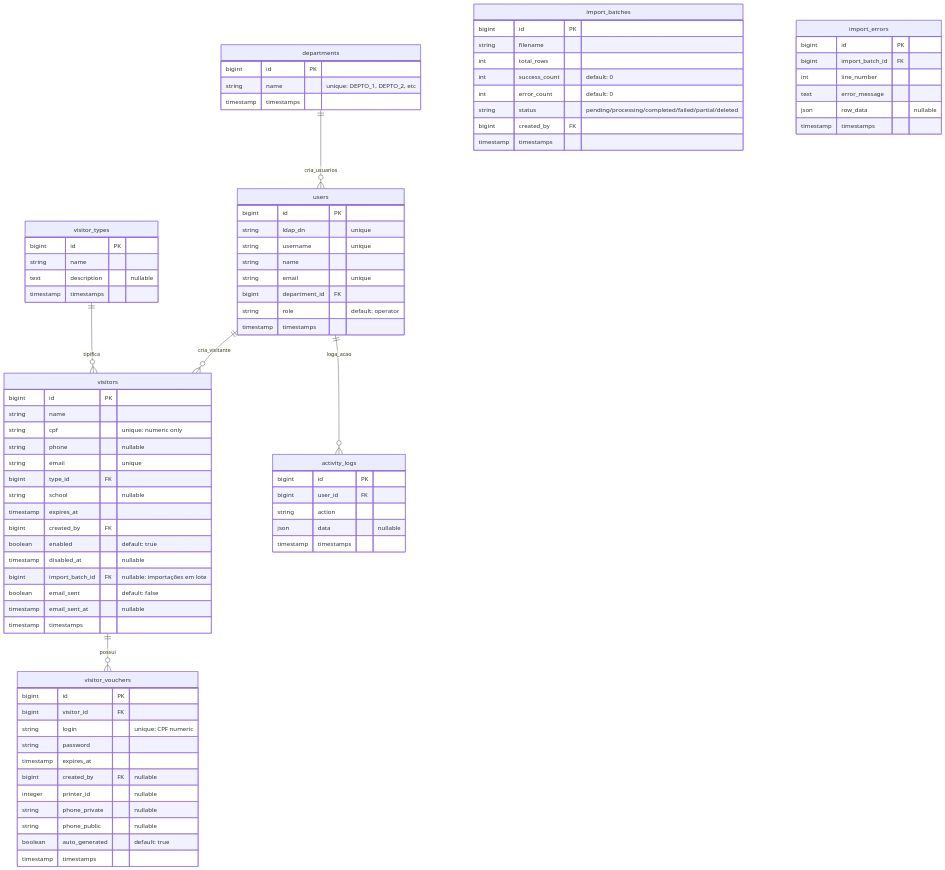
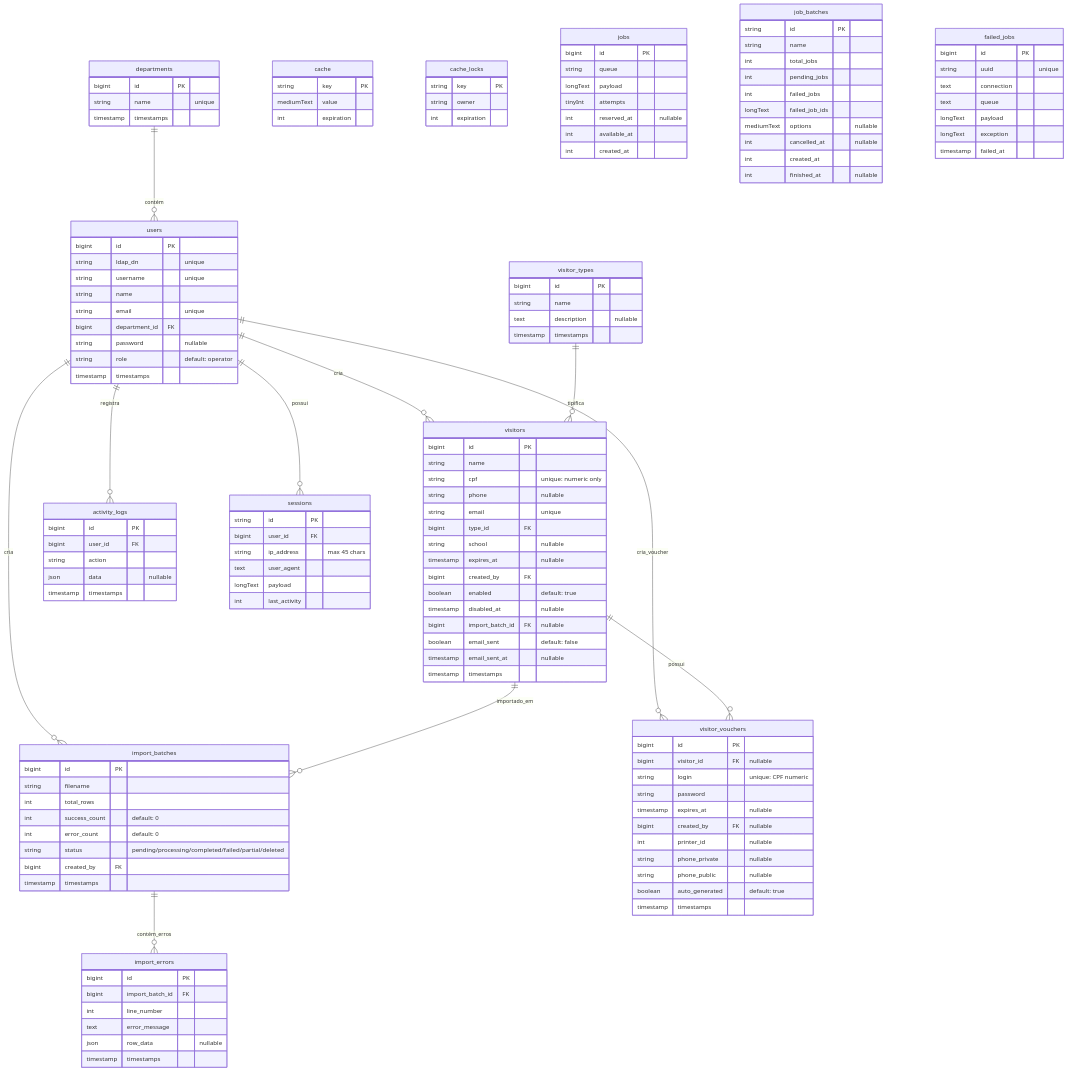
One commit to lucasgfaj/net-gp changed the second of 2 diagrams in docs/ssd.md. Above: the diagram before and after it, drawn with Mermaid. The commit also changed other lines of this file and 7 other files, not shown here.

````diff
--- a/docs/ssd.md
+++ b/docs/ssd.md
@@ -63,14 +239,19 @@
 ```mermaid
 erDiagram
-    departments ||--o{ users : "cria_usuarios"
-    users ||--o{ visitors : "cria_visitante"
-    users ||--o{ activity_logs : "loga_acao"
+    departments ||--o{ users : "contém"
+    users ||--o{ visitors : "cria"
+    users ||--o{ activity_logs : "registra"
+    users ||--o{ import_batches : "cria"
+    users ||--o{ visitor_vouchers : "cria_voucher"
+    users ||--o{ sessions : "possui"
     visitor_types ||--o{ visitors : "tipifica"
     visitors ||--o{ visitor_vouchers : "possui"
+    visitors ||--o{ import_batches : "importado_em"
+    import_batches ||--o{ import_errors : "contém_erros"
 
     departments {
         bigint id PK
-        string name "unique: DEPTO_1, DEPTO_2, etc"
+        string name "unique"
         timestamp timestamps
     }
 
@@ -81,8 +262,18 @@
         string name
         string email "unique"
         bigint department_id FK
+        string password "nullable"
         string role "default: operator"
         timestamp timestamps
+    }
+
+    sessions {
+        string id PK
+        bigint user_id FK
+        string ip_address "max 45 chars"
+        text user_agent
+        longText payload
+        int last_activity
     }
 
     visitor_types {
@@ -100,11 +291,11 @@
         string email "unique"
         bigint type_id FK
         string school "nullable"
-        timestamp expires_at
+        timestamp expires_at "nullable"
         bigint created_by FK
         boolean enabled "default: true"
         timestamp disabled_at "nullable"
-        bigint import_batch_id FK "nullable: importações em lote"
+        bigint import_batch_id FK "nullable"
         boolean email_sent "default: false"
         timestamp email_sent_at "nullable"
         timestamp timestamps
@@ -112,12 +303,12 @@
 
     visitor_vouchers {
         bigint id PK
-        bigint visitor_id FK
+        bigint visitor_id FK "nullable"
         string login "unique: CPF numeric"
         string password
-        timestamp expires_at
+        timestamp expires_at "nullable"
         bigint created_by FK "nullable"
-        integer printer_id "nullable"
+        int printer_id "nullable"
         string phone_private "nullable"
         string phone_public "nullable"
         boolean auto_generated "default: true"
@@ -151,4 +342,49 @@
         json row_data "nullable"
         timestamp timestamps
     }
+
+    cache {
+        string key PK
+        mediumText value
+        int expiration
+    }
+
+    cache_locks {
+        string key PK
+        string owner
+        int expiration
+    }
+
+    jobs {
+        bigint id PK
+        string queue
+        longText payload
+        tinyInt attempts
+        int reserved_at "nullable"
+        int available_at
+        int created_at
+    }
+
+    job_batches {
+        string id PK
+        string name
+        int total_jobs
+        int pending_jobs
+        int failed_jobs
+        longText failed_job_ids
+        mediumText options "nullable"
+        int cancelled_at "nullable"
+        int created_at
+        int finished_at "nullable"
+    }
+
+    failed_jobs {
+        bigint id PK
+        string uuid "unique"
+        text connection
+        text queue
+        longText payload
+        longText exception
+        timestamp failed_at
+    }
 ```
````
